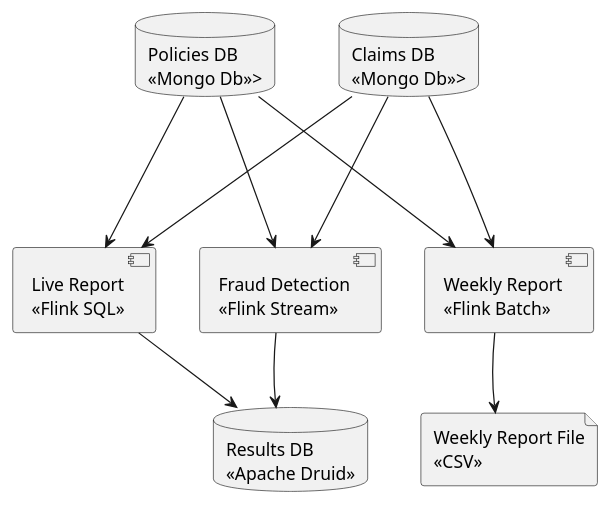
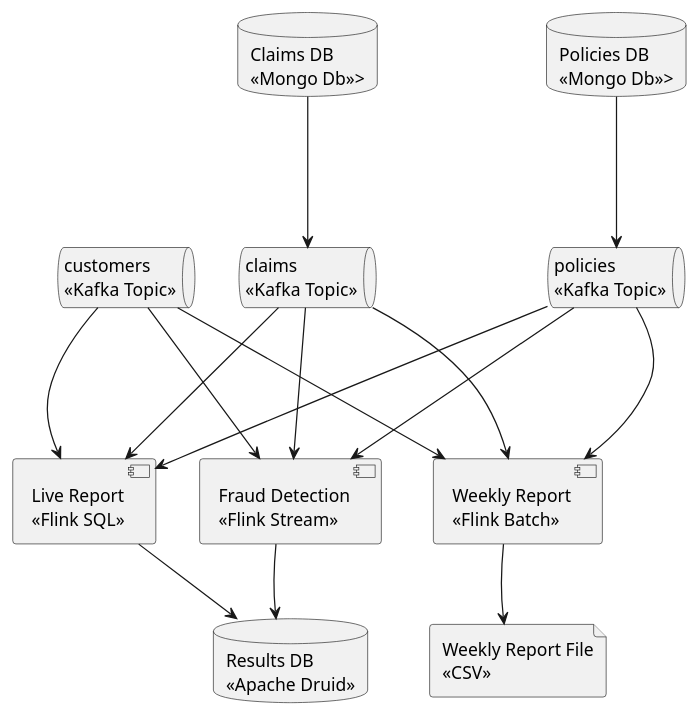
One commit to scalvetr/poc-apache-flink changed the diagram in doc/sample_scenario.puml. Above: the diagram before and after it, drawn with PlantUML. The commit also changed 11 other files, not shown here.

```diff
--- a/doc/sample_scenario.puml
+++ b/doc/sample_scenario.puml
@@ -1,38 +1,46 @@
 @startuml
 
 database claims_db as "Claims DB\n<<Mongo Db>>>"
 database policies_db as "Policies DB\n<<Mongo Db>>>"
 
+queue customers_topic as "customers\n<<Kafka Topic>>"
+queue policies_topic as "policies\n<<Kafka Topic>>"
+queue claims_topic as "claims\n<<Kafka Topic>>"
 
 component weekly_report_batch as "Weekly Report\n<<Flink Batch>>"
 
-claims_db ---> weekly_report_batch
-policies_db ---> weekly_report_batch
+claims_db ---> claims_topic
+policies_db ---> policies_topic
+
+claims_topic ---> weekly_report_batch
+policies_topic ---> weekly_report_batch
+customers_topic ---> weekly_report_batch
 
 file weekly_report_file as "Weekly Report File\n<<CSV>>"
 
 weekly_report_batch -> weekly_report_file
 
 component fraud_detection as "Fraud Detection\n<<Flink Stream>>"
 
-claims_db ---> fraud_detection
-policies_db ---> fraud_detection
+claims_topic ---> fraud_detection
+policies_topic ---> fraud_detection
+customers_topic ---> fraud_detection
 
 database results_db as "Results DB\n<<Apache Druid>>"
 
 fraud_detection -> results_db
 
 component live_report as "Live Report\n<<Flink SQL>>"
 
-claims_db ---> live_report
-policies_db ---> live_report
+claims_topic ---> live_report
+policies_topic ---> live_report
+customers_topic ---> live_report
 
 live_report -> results_db
 
-claims_db -left[hidden]- policies_db
 weekly_report_batch -left[hidden]- fraud_detection
 fraud_detection -left[hidden]- live_report
 
 fraud_detection -down[hidden]- results_db
 weekly_report_batch -down[hidden]- weekly_report_file
 @enduml
```
